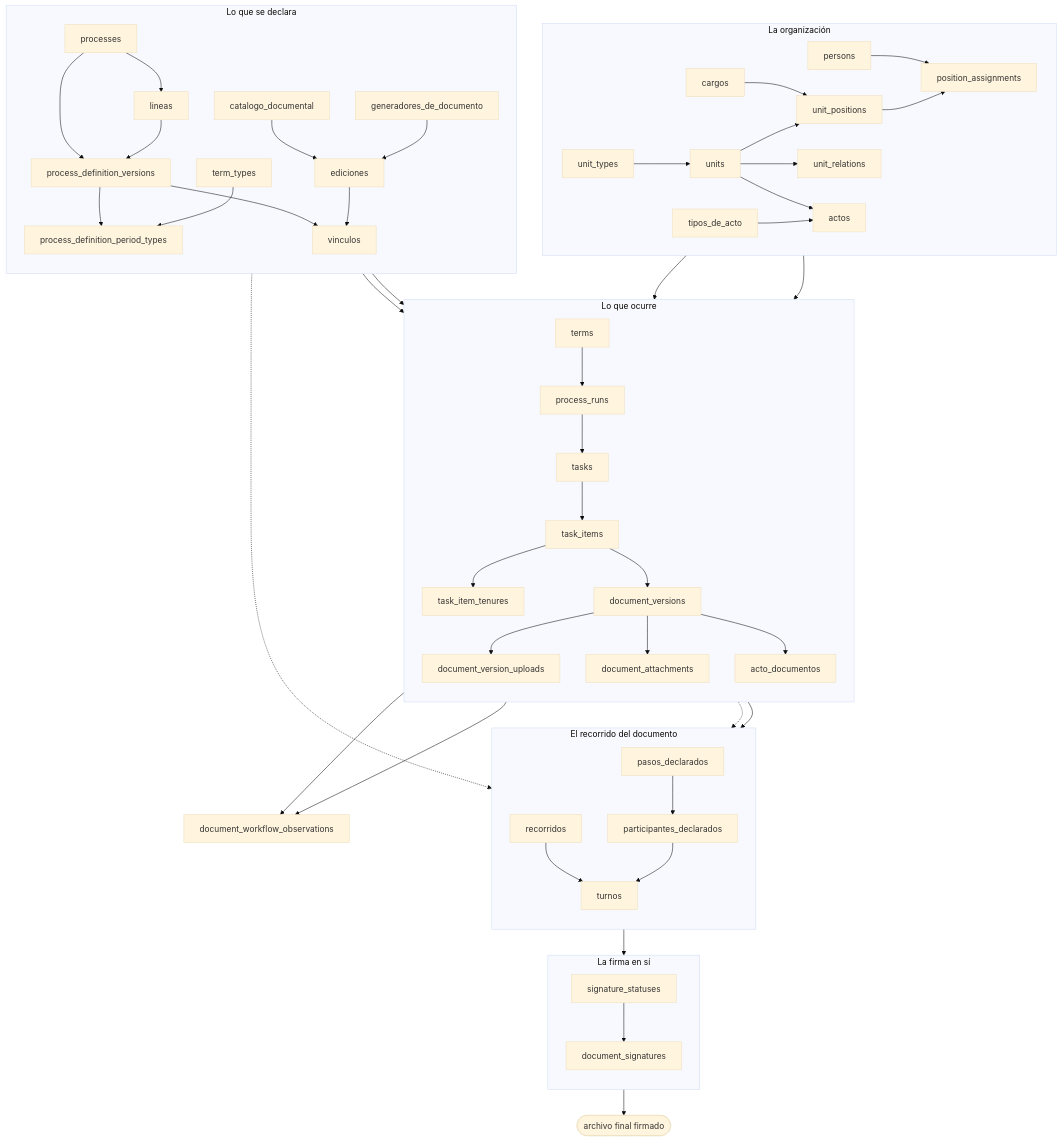
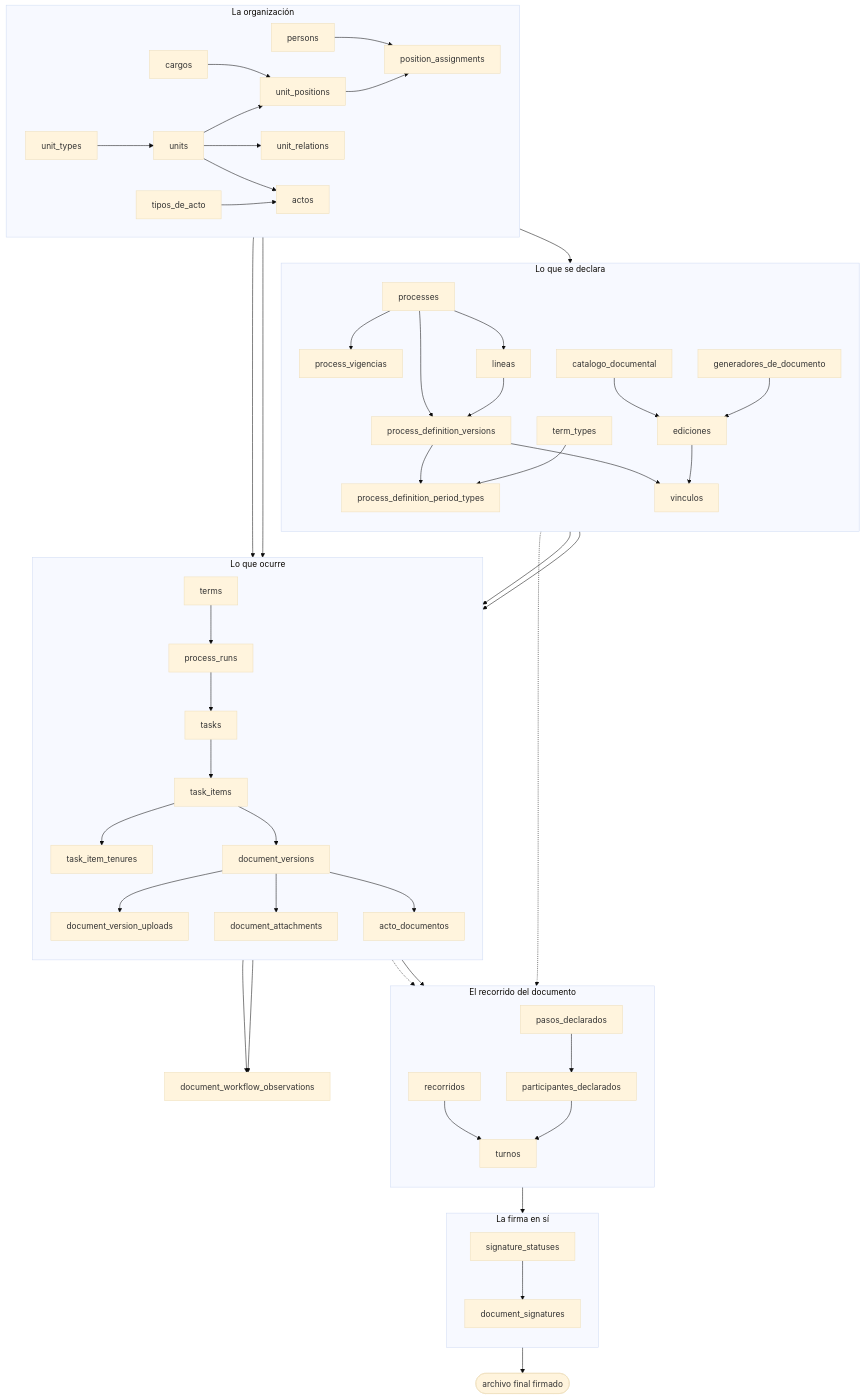
The diagram in docs/src/content/docs/modelo/mapa-completo.md (fresvel/deasy), drawn with Mermaid (base theme) before and after one commit. The commit also changed other lines of this file and 27 other files, not shown here.

````diff
--- a/docs/src/content/docs/modelo/mapa-completo.md
+++ b/docs/src/content/docs/modelo/mapa-completo.md
@@ -22,64 +22,66 @@
 ```mermaid
 flowchart TB
   subgraph ORG["La organización"]
     direction LR
     UT["unit_types"] --> U["units"]
     U --> UP["unit_positions"]
     C["cargos"] --> UP
     UP --> PA["position_assignments"]
     P["persons"] --> PA
     U --> UR["unit_relations"]
     TDA["tipos_de_acto"] --> ACT["actos"]
     U --> ACT
   end
 
   subgraph DECL["Lo que se declara"]
     direction TB
     PR["processes"] --> PDV["process_definition_versions"]
+    PR --> PV["process_vigencias"]
+    ACT --> PV
     PR --> LIN["lineas"]
     LIN --> PDV
     PDV --> PDPT["process_definition_period_types"]
     TT["term_types"] --> PDPT
     DEL["catalogo_documental"] --> TA["ediciones"]
     GEN["generadores_de_documento"] --> TA
     PDV --> PDT["vinculos"]
     TA --> PDT
   end
 
   subgraph EJEC["Lo que ocurre"]
     direction TB
     PDV --> RUN["process_runs"]
     TERM["terms"] --> RUN
     RUN --> T["tasks"]
     T --> TI["task_items"]
     PDT --> TI
     UP --> TI
     TI --> TEN["task_item_tenures"]
     TI --> DV["document_versions"]
     DV --> DVU["document_version_uploads"]
     DV --> DA["document_attachments"]
     DV --> AD["acto_documentos"]
   end
 
   ACT --> AD
 
   subgraph REC["El recorrido del documento"]
     direction TB
     PASO["pasos_declarados"] --> PART["participantes_declarados"]
     RECO["recorridos"] --> TUR["turnos"]
     PART --> TUR
   end
 
   subgraph FIR["La firma en sí"]
     direction TB
     TUR --> DS["document_signatures"]
     SS["signature_statuses"] --> DS
   end
 
   TA -.-> PASO
   TI -.-> PASO
   DV --> RECO
   DS --> FIN(["archivo final firmado"])
   TI --> OBS["document_workflow_observations"]
   DV --> OBS
 ```
````
